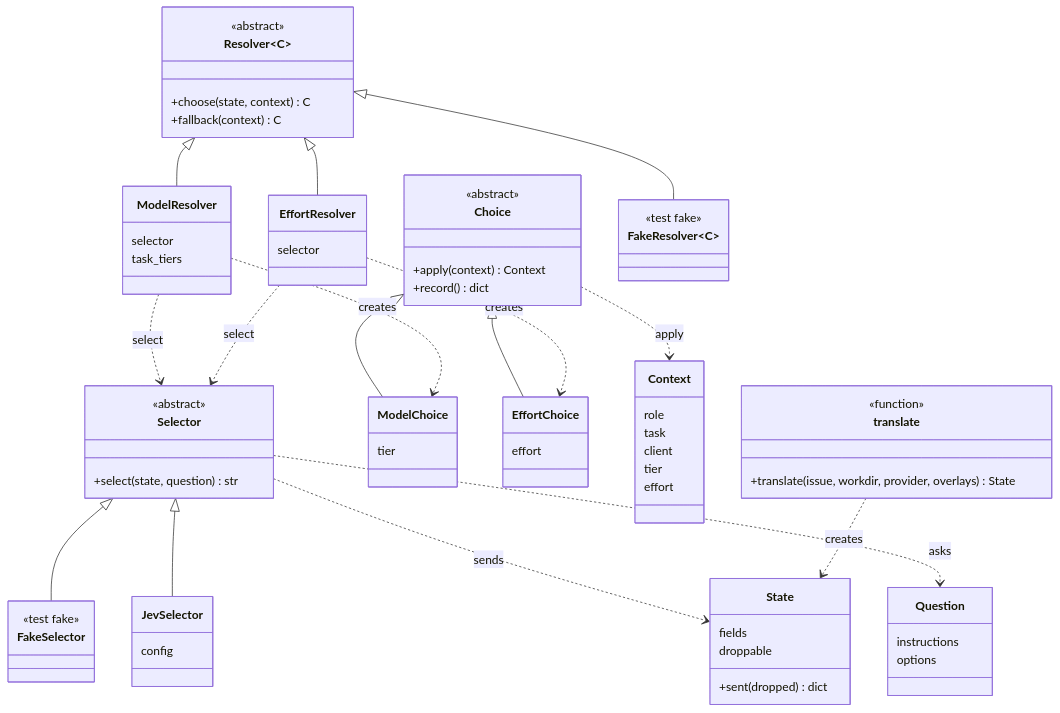
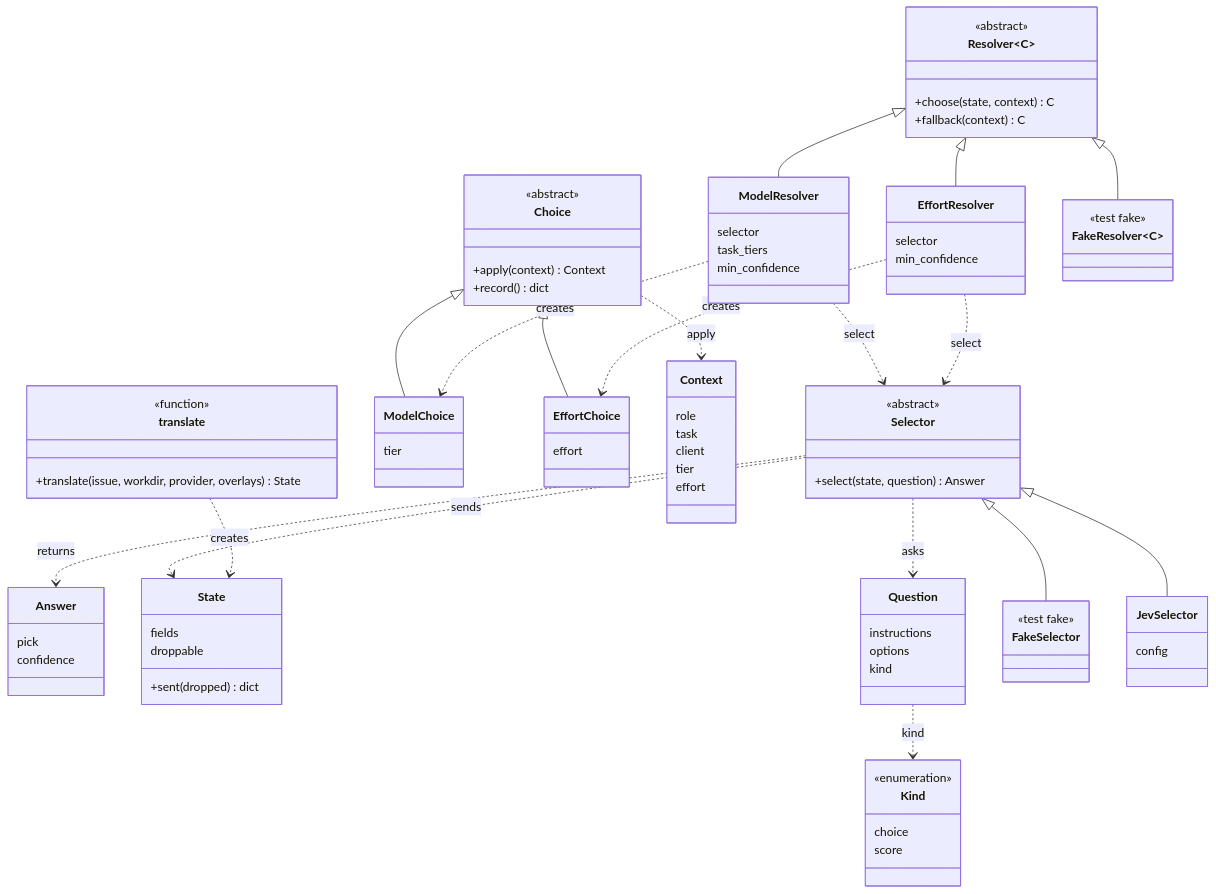
Before and after one commit to ophis/agent-pm: the second of 2 diagrams in docs/architecture.md, drawn with Mermaid. The commit also changed other lines of this file and 25 other files, not shown here.

Commit message:
selection: both layers ask Jev a score question and fall back below a confidence floor

````diff
--- a/docs/architecture.md
+++ b/docs/architecture.md
@@ -93,7 +93,16 @@
   direction TB
   class Selector {
     <<abstract>>
-    +select(state, question) str
+    +select(state, question) Answer
+  }
+  class Answer {
+    pick
+    confidence
+  }
+  class Kind {
+    <<enumeration>>
+    choice
+    score
   }
   class State {
     fields
@@ -103,6 +112,7 @@
   class Question {
     instructions
     options
+    kind
   }
   class FakeSelector {
     <<test fake>>
@@ -129,9 +139,11 @@
   class ModelResolver {
     selector
     task_tiers
+    min_confidence
   }
   class EffortResolver {
     selector
+    min_confidence
   }
   class FakeResolver~C~ {
     <<test fake>>
@@ -160,6 +172,8 @@
   EffortResolver ..> Selector : select
   Selector ..> State : sends
   Selector ..> Question : asks
+  Selector ..> Answer : returns
+  Question ..> Kind : kind
   translate ..> State : creates
   Choice ..> Context : apply
 ```
````
